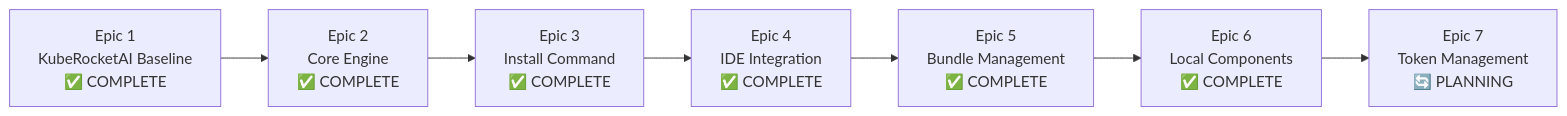
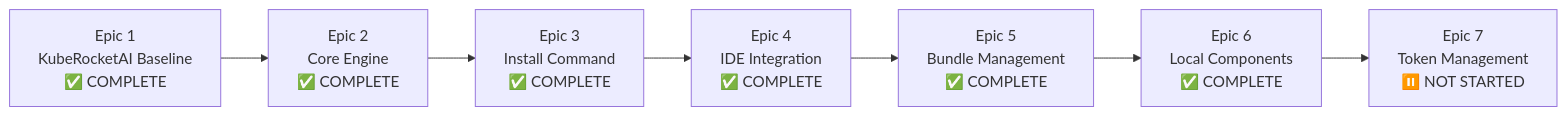
Before and after one commit to KubeRocketCI/kuberocketai: the diagram in docs/epics/README.md, drawn with Mermaid. The commit also changed other lines of this file and 1 other file, not shown here.

````diff
--- a/docs/epics/README.md
+++ b/docs/epics/README.md
@@ -30,9 +30,9 @@
 ```mermaid
 graph LR
     E1[Epic 1<br/>KubeRocketAI Baseline<br/>✅ COMPLETE] --> E2[Epic 2<br/>Core Engine<br/>✅ COMPLETE]
     E2 --> E3[Epic 3<br/>Install Command<br/>✅ COMPLETE]
     E3 --> E4[Epic 4<br/>IDE Integration<br/>✅ COMPLETE]
     E4 --> E5[Epic 5<br/>Bundle Management<br/>✅ COMPLETE]
     E5 --> E6[Epic 6<br/>Local Components<br/>✅ COMPLETE]
-    E6 --> E7[Epic 7<br/>Token Management<br/>🔄 PLANNING]
+    E6 --> E7[Epic 7<br/>Token Management<br/>⏸️ NOT STARTED]
 ```
````
